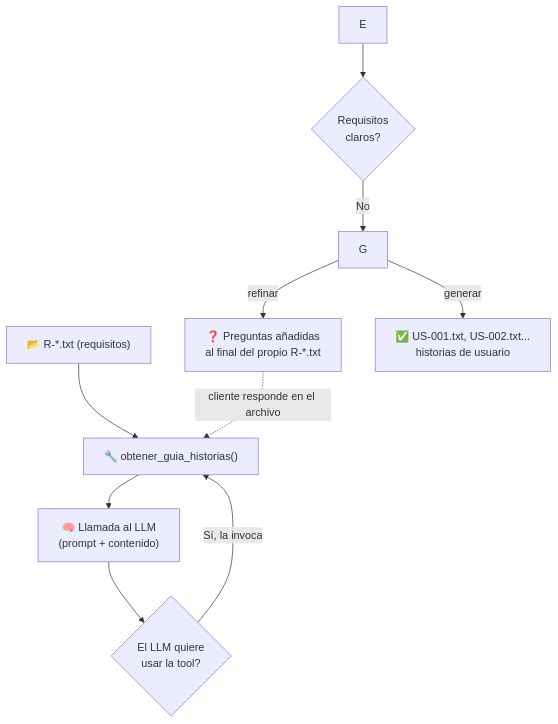
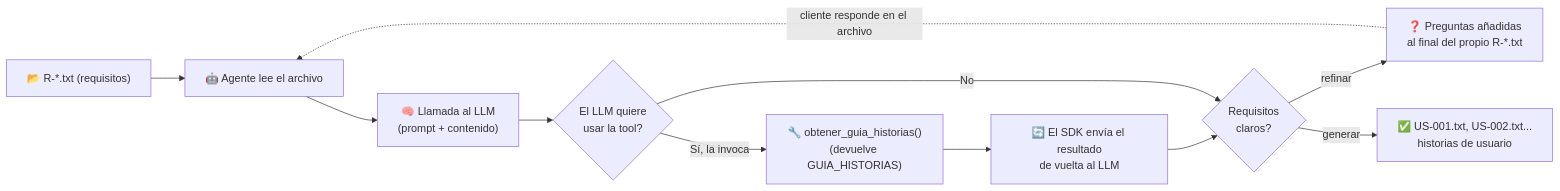
One commit to fcnatra/WorkshopAgent changed the second of 2 diagrams in README.md. Above: the diagram before and after it, drawn with Mermaid.

Commit message:
Revise flowchart for agent cycle in README
Updated flowchart in README to reflect changes in agent process.

````diff
--- a/README.md
+++ b/README.md
@@ -25,12 +25,13 @@
 ```mermaid
-flowchart TD
+flowchart LR
     A["📂 R-*.txt (requisitos)"] --> B["🤖 Agente lee el archivo"]
     B --> C["🧠 Llamada al LLM\n(prompt + contenido)"]
     C --> D{"El LLM quiere\nusar la tool?"}
-    D -->|Sí, la invoca| B["🔧 obtener_guia_historias()\n"]
-    E --> F{"Requisitos\nclaros?"}
-    F -->|No| G
+    D -->|Sí, la invoca| E["🔧 obtener_guia_historias()\n(devuelve GUIA_HISTORIAS)"]
+    E --> F["🔄 El SDK envía el resultado\nde vuelta al LLM"]
+    F --> G{"Requisitos\nclaros?"}
+    D -->|No| G
     G -->|"refinar"| H["❓ Preguntas añadidas\nal final del propio R-*.txt"]
     G -->|"generar"| I["✅ US-001.txt, US-002.txt...\nhistorias de usuario"]
     H -. "cliente responde en el archivo" .-> B
 ```
````
